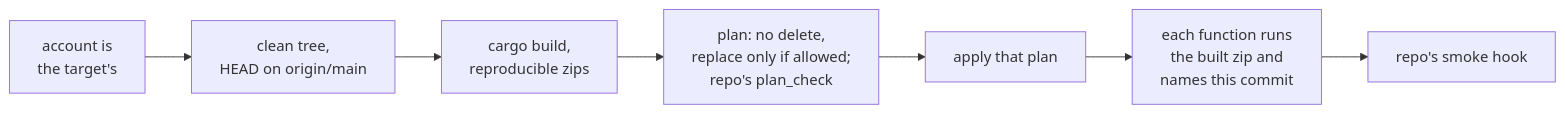
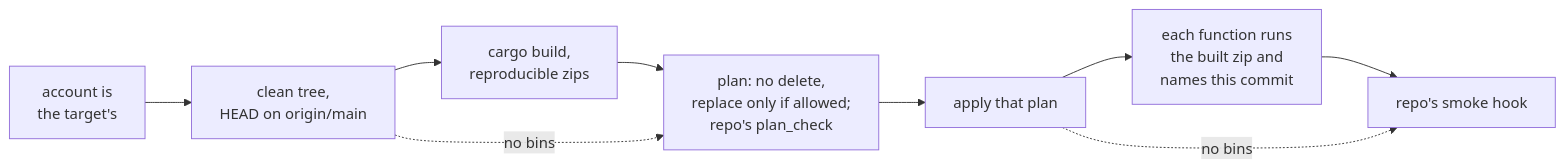
One commit to stackwell-labs/shared-terraform changed the second of 2 diagrams in README.md. Above: the diagram before and after it, drawn with Mermaid. The commit also changed other lines of this file and 2 other files, not shown here.

First line of the commit message:
deploy-lambda: a target with no bins is Terraform-only

````diff
--- a/README.md
+++ b/README.md
@@ -277,9 +279,11 @@
 ```mermaid
 flowchart LR
   A[account is<br>the target's] --> B[clean tree,<br>HEAD on origin/main]
   B --> C[cargo build,<br>reproducible zips]
   C --> D[plan: no delete,<br>replace only if allowed;<br>repo's plan_check]
   D --> E[apply that plan]
   E --> F[each function runs<br>the built zip and<br>names this commit]
   F --> G[repo's smoke hook]
+  B -. no bins .-> D
+  E -. no bins .-> G
 ```
````
